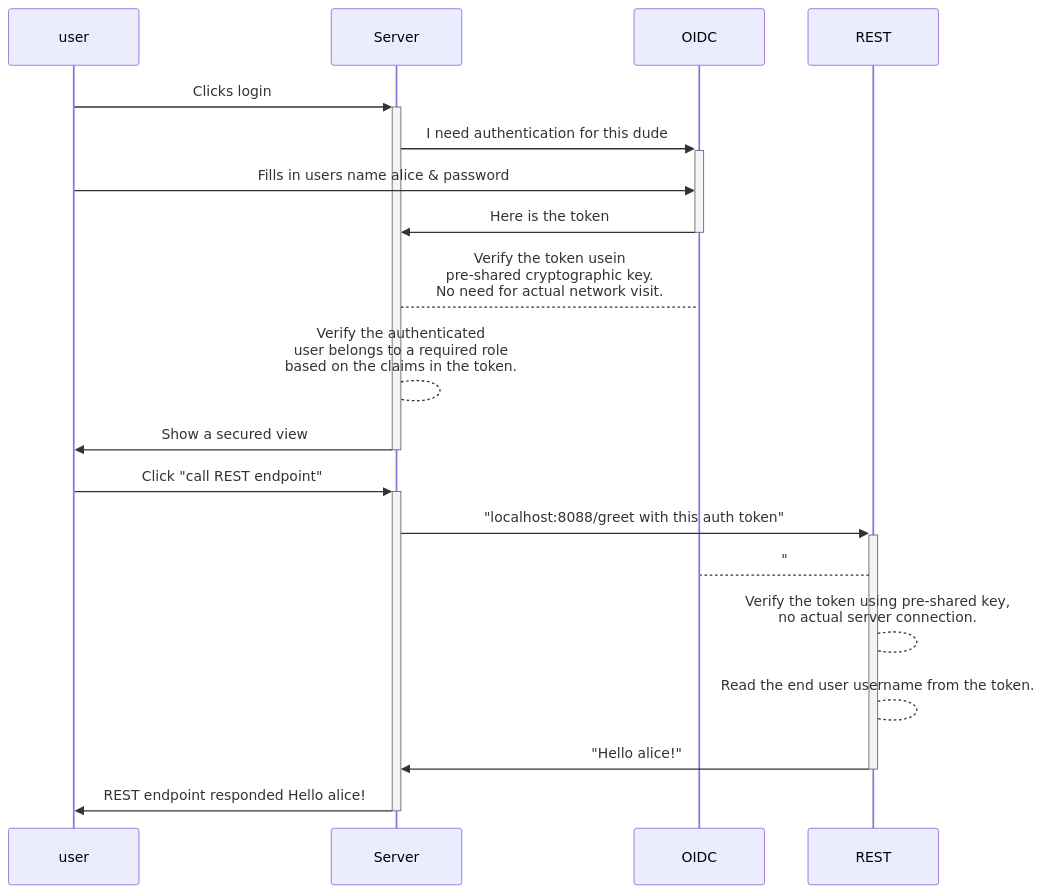
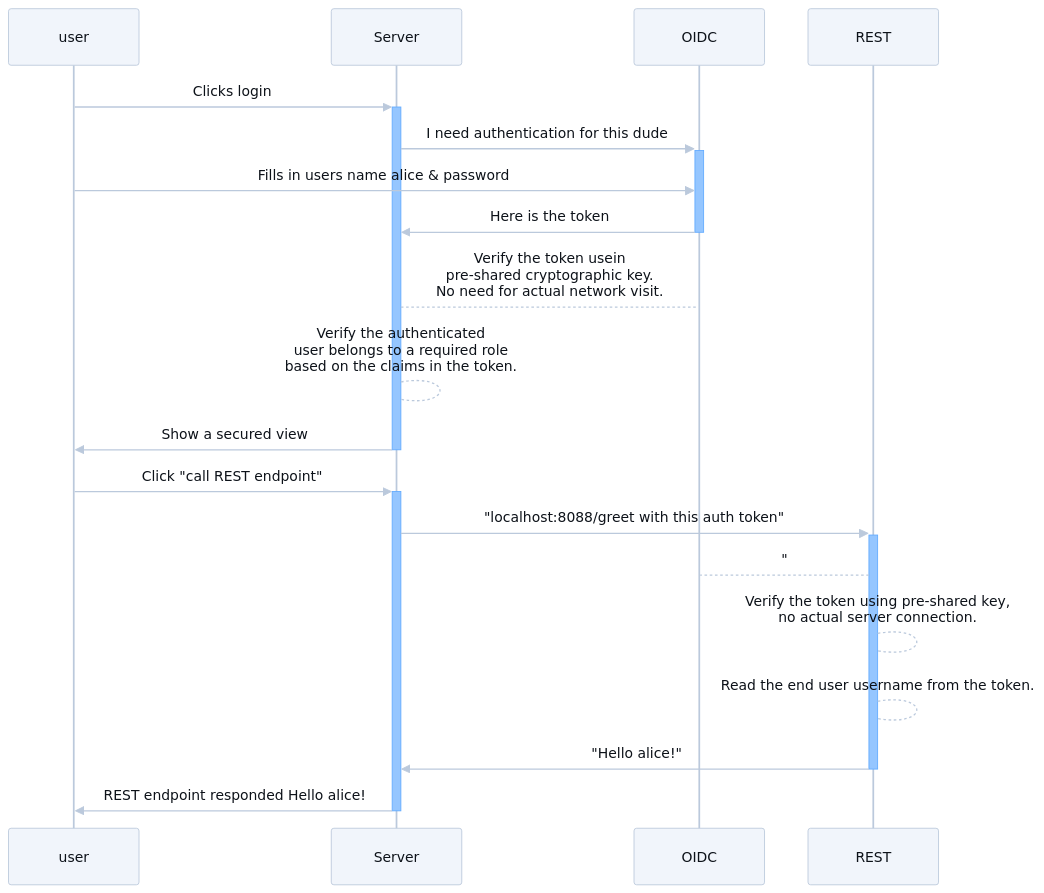
One commit to mstahv/quarkus-vaadin-example changed the second of 2 diagrams in README.md. Above: the diagram before and after it, drawn with Mermaid. The commit also changed other lines of this file, not shown here.

Commit message:
Updated diagram styles

````diff
--- a/README.md
+++ b/README.md
@@ -30,18 +47,45 @@
 ```mermaid
+%%{
+  init: {
+    'theme':'base',
+    'themeVariables': {
+      'background': '#FFFFFF',
+      'fontFamily': 'Arial',
+      'fontSize': '20px',
+      'lineColor': '#657892',
+      'primaryColor': '#F1F5FB',
+      'primaryBorderColor': '#BBC9DC',
+      'primaryTextColor': '#0D1219',
+      'secondaryColor': '#95C6FF',
+      'secondaryBorderColor': '#BBC9DC',
+      'secondaryTextColor': '#657892',
+      'tertiaryColor': '#ff0000',
+      'tertiaryBorderColor': '#BBC9DC',
+      'tertiaryTextColor': '#0D1219',
+      'signalColor':'#BBC9DC',
+      'sequenceNumberColor':'#0D1219',
+      'labelBoxBorderColor' :'#BBC9DC',
+      'labelTextColor': '#0D1219',
+      'actorBkg': '#F1F5FB',
+      'actorBorder': '#BBC9DC',
+      'actorTextColor': '#0D1219'
+    }
+  }
+}%%
 sequenceDiagram
     user->>+Server: Clicks login
     Server->>+OIDC: I need authentication for this dude
     user->>OIDC: Fills in users name alice & password
     OIDC->>-Server: Here is the token
     Server-->OIDC: Verify the token usein <br>pre-shared cryptographic key.<br>No need for actual network visit.
     Server-->Server: Verify the authenticated <br>user belongs to a required role<br>based on the claims in the token.
     Server->>-user: Show a secured view
     user->>+Server: Click "call REST endpoint"
     Server->>+REST: "localhost:8088/greet with this auth token"
     REST-->OIDC: "
     REST-->REST: Verify the token using pre-shared key,<br> no actual server connection.
     REST-->REST: Read the end user username from the token.
     REST->>-Server: "Hello alice!"    
     Server->>-user: REST endpoint responded Hello alice!
 
 ```
````
